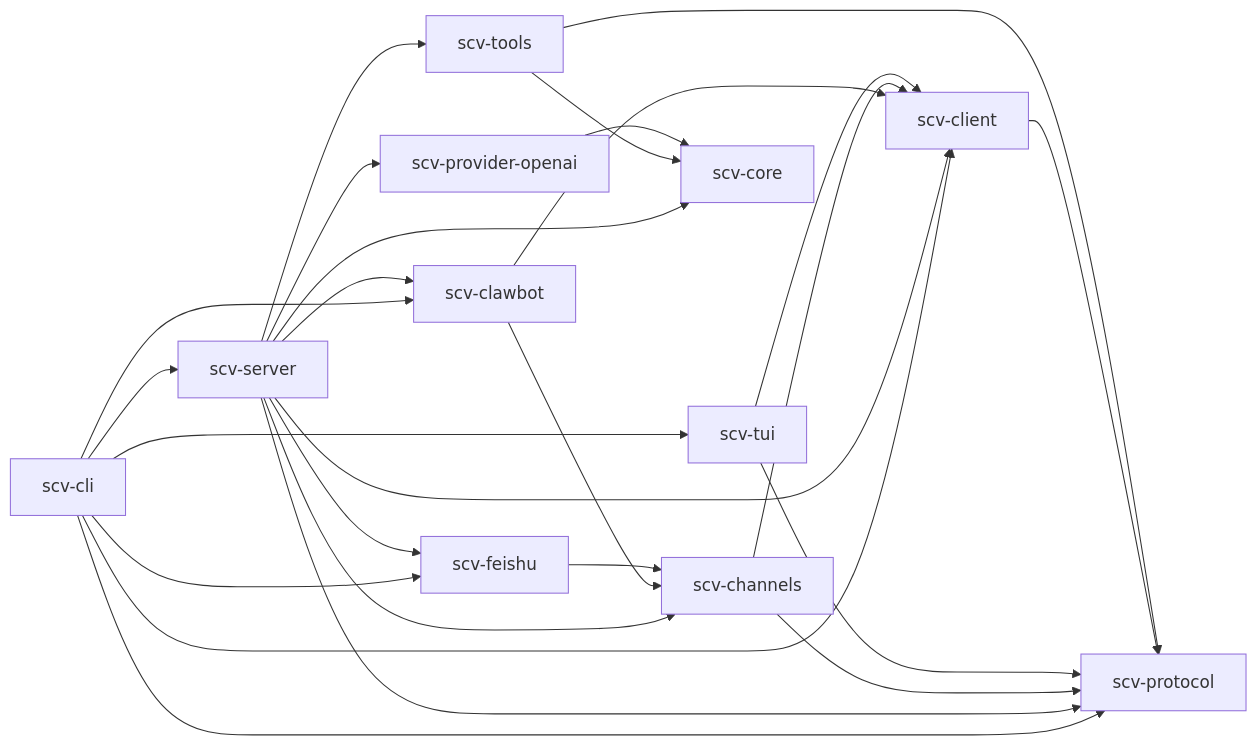
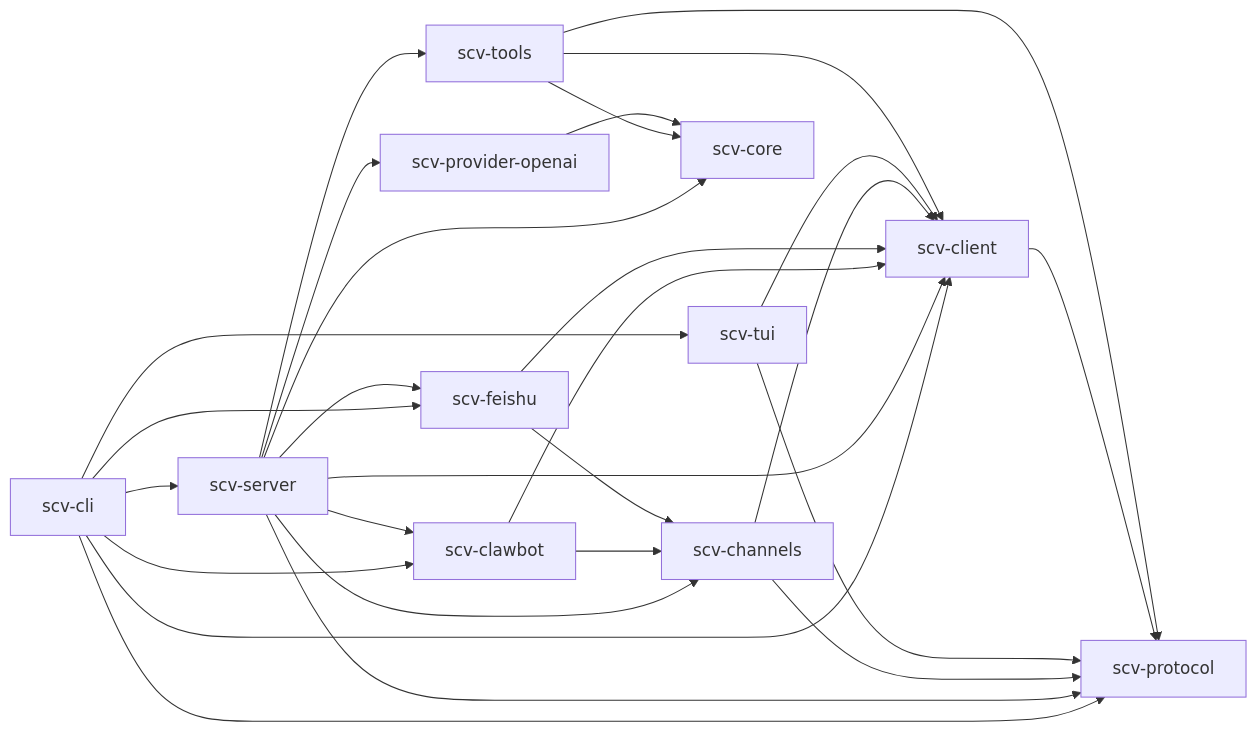
The diagram in docs/architecture.md (PeiyuanQi/scv), drawn with Mermaid before and after one commit. The commit also changed other lines of this file and 82 other files, not shown here.

````diff
--- a/docs/architecture.md
+++ b/docs/architecture.md
@@ -15,28 +15,30 @@
 ```mermaid
 flowchart LR
     cli["scv-cli"] --> server["scv-server"]
     cli --> tui["scv-tui"]
     cli --> clawbot["scv-clawbot"]
     cli --> feishu["scv-feishu"]
     cli --> client["scv-client"]
     cli --> protocol["scv-protocol"]
     server --> clawbot
     server --> feishu
     server --> channels["scv-channels"]
     server --> client
     server --> protocol
     server --> core["scv-core"]
     server --> tools["scv-tools"]
     server --> provider["scv-provider-openai"]
     clawbot --> channels
     clawbot --> client
     feishu --> channels
+    feishu --> client
     channels --> client
     channels --> protocol
     tui --> client
     tui --> protocol
     client --> protocol
     tools --> core
+    tools --> client
     tools --> protocol
     provider --> core
 ```
````
